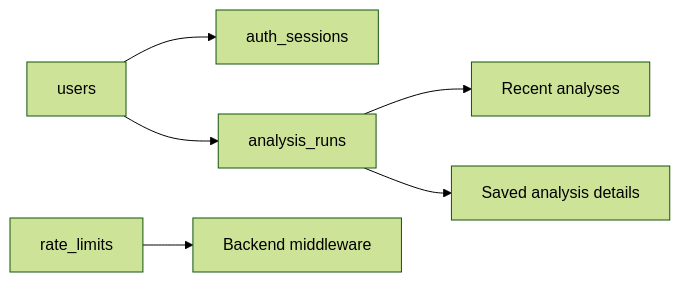
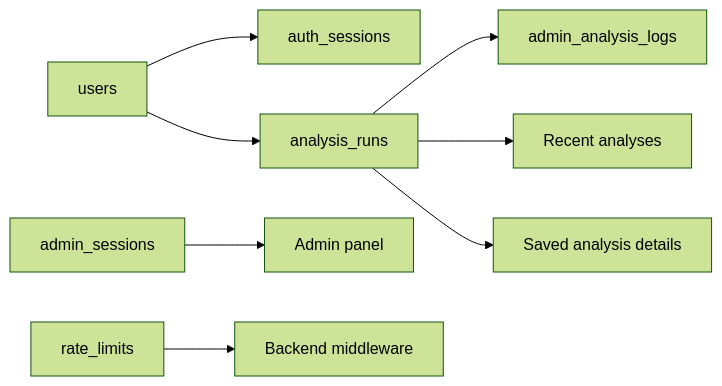
One commit to Qoziwe/Alignd changed the first of 2 diagrams in backend/README.md. Above: the diagram before and after it, drawn with Mermaid (forest theme). The commit also changed other lines of this file and 11 other files, not shown here.

````diff
--- a/backend/README.md
+++ b/backend/README.md
@@ -33,8 +39,10 @@
 ```mermaid
 flowchart LR
     U[users] --> S[auth_sessions]
     U --> R[analysis_runs]
+    AS[admin_sessions] --> AP[Admin panel]
+    R --> AL[admin_analysis_logs]
     RL[rate_limits] --> B[Backend middleware]
     R --> H[Recent analyses]
     R --> D[Saved analysis details]
 ```
````
